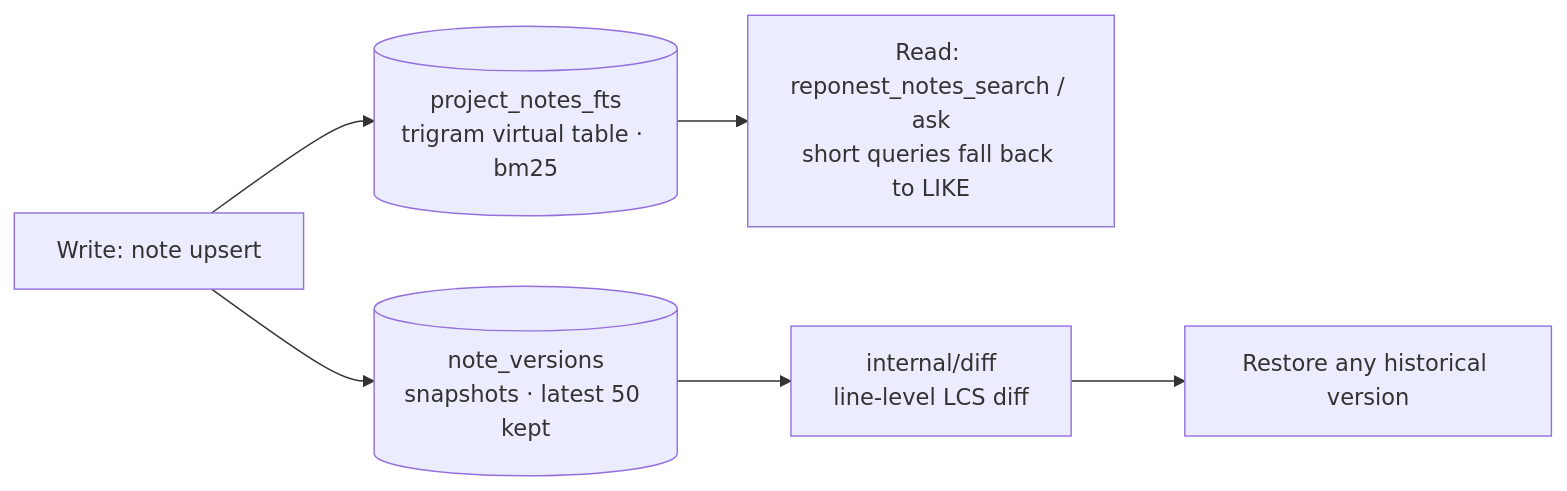
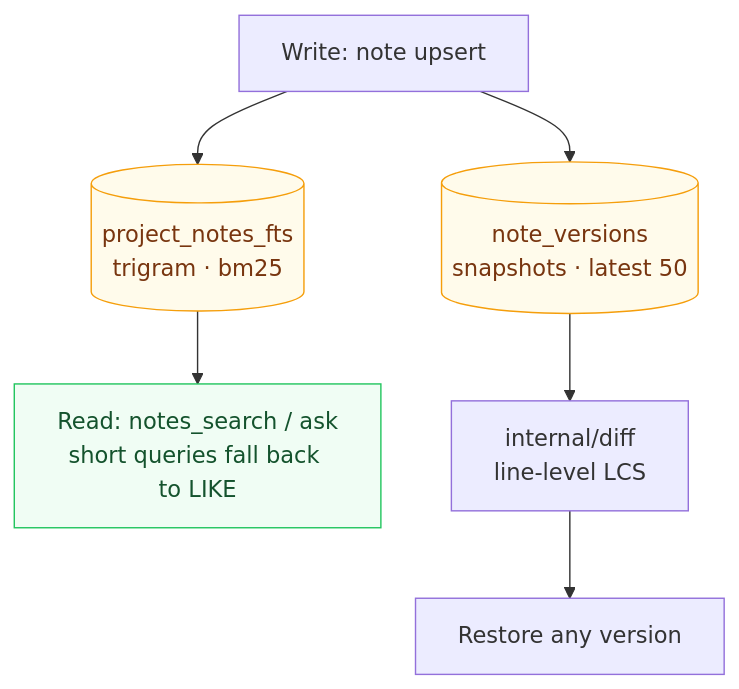
Before and after one commit to sky-jiangcheng/RepoNest: the third of 4 diagrams in docs/en/architecture.md, drawn with Mermaid. The commit also changed other lines of this file and 14 other files, not shown here.

First line of the commit message:
docs(diagrams): 全站 mermaid 图重构 — 告别'宽扁香肠'布局

````diff
--- a/docs/en/architecture.md
+++ b/docs/en/architecture.md
@@ -58,8 +59,12 @@
 ```mermaid
-flowchart LR
-    W["Write: note upsert"] --> FTS[("project_notes_fts<br/>trigram virtual table · bm25")]
-    W --> VER[("note_versions<br/>snapshots · latest 50 kept")]
-    FTS --> R["Read: reponest_notes_search / ask<br/>short queries fall back to LIKE"]
-    VER --> DIFF["internal/diff<br/>line-level LCS diff"]
-    DIFF --> RESTORE["Restore any historical version"]
+flowchart TB
+    W["Write: note upsert"] --> FTS[("project_notes_fts<br/>trigram · bm25")]
+    W --> VER[("note_versions<br/>snapshots · latest 50")]
+    FTS --> R["Read: notes_search / ask<br/>short queries fall back to LIKE"]
+    VER --> DIFF["internal/diff<br/>line-level LCS"]
+    DIFF --> RESTORE["Restore any version"]
+        classDef store fill:#fffbeb,stroke:#f59e0b,color:#78350f
+        classDef read fill:#f0fdf4,stroke:#22c55e,color:#14532d
+    class FTS,VER store
+    class R read
 ```
````
